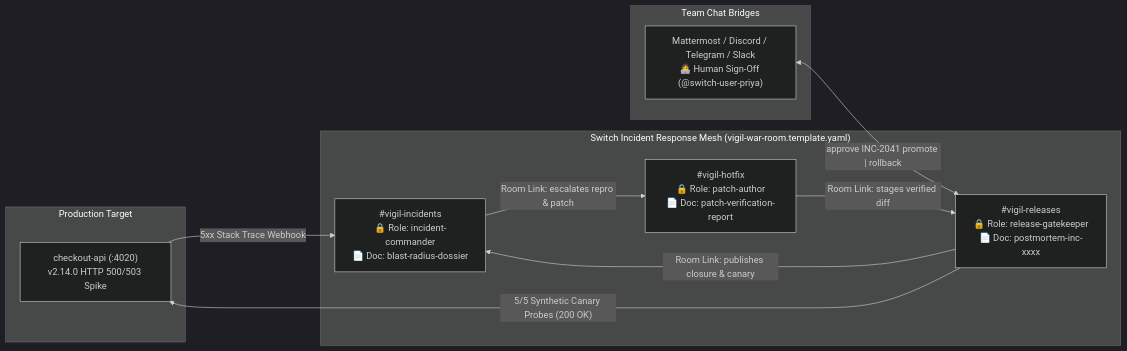
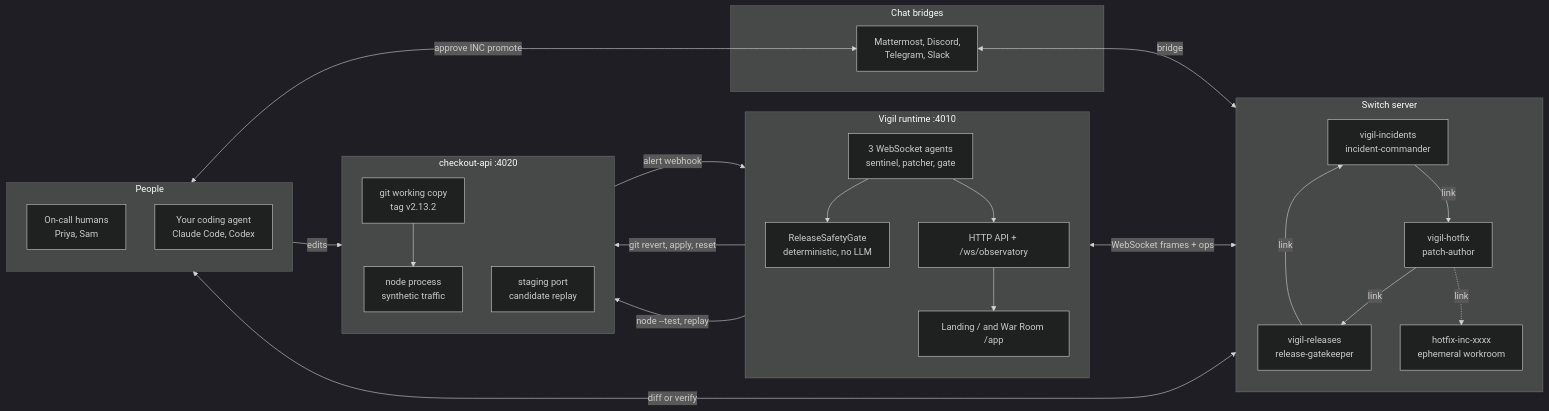
The first of 8 diagrams in README.md (NetLayerLabs/Vigil), drawn with Mermaid (dark theme) before and after one commit. The commit also changed other lines of this file, not shown here.

First line of the commit message:
docs: rewrite the README around the verified incident loop

````diff
--- a/README.md
+++ b/README.md
@@ -17,24 +55,52 @@
 ```mermaid
 flowchart LR
-  subgraph Service["Production Target"]
-    API["checkout-api (:4020)<br/>v2.14.0 HTTP 500/503 Spike"]
+  subgraph People["People"]
+    direction TB
+    HUM["On-call humans<br/>Priya, Sam"]
+    CODER["Your coding agent<br/>Claude Code, Codex"]
   end
 
-  subgraph SwitchMesh["Switch Incident Response Mesh (vigil-war-room.template.yaml)"]
-    R1["#vigil-incidents<br/>🔒 Role: incident-commander<br/>📄 Doc: blast-radius-dossier"]
-    R2["#vigil-hotfix<br/>🔒 Role: patch-author<br/>📄 Doc: patch-verification-report"]
-    R3["#vigil-releases<br/>🔒 Role: release-gatekeeper<br/>📄 Doc: postmortem-inc-xxxx"]
-
-    R1 -->|"Room Link: escalates repro & patch"| R2
-    R2 -->|"Room Link: stages verified diff"| R3
-    R3 -->|"Room Link: publishes closure & canary"| R1
+  subgraph Chat["Chat bridges"]
+    MM["Mattermost, Discord,<br/>Telegram, Slack"]
   end
 
-  subgraph Chat["Team Chat Bridges"]
-    MM["Mattermost / Discord / Telegram / Slack<br/>👩‍💻 Human Sign-Off (@switch-user-priya)"]
+  subgraph Switch["Switch server"]
+    direction TB
+    R1["vigil-incidents<br/>incident-commander"]
+    R2["vigil-hotfix<br/>patch-author"]
+    R3["vigil-releases<br/>release-gatekeeper"]
+    WR["hotfix-inc-xxxx<br/>ephemeral workroom"]
+    R1 -->|link| R2
+    R2 -->|link| R3
+    R3 -->|link| R1
+    R2 -.->|link| WR
   end
 
-  API -->|"5xx Stack Trace Webhook"| R1
-  MM <-->|"approve INC-2041 promote | rollback"| R3
-  R3 -->|"5/5 Synthetic Canary Probes (200 OK)"| API
+  subgraph Vigil["Vigil runtime :4010"]
+    direction TB
+    AG["3 WebSocket agents<br/>sentinel, patcher, gate"]
+    GATE["ReleaseSafetyGate<br/>deterministic, no LLM"]
+    API["HTTP API + /ws/observatory"]
+    UI["Landing / and War Room /app"]
+  end
+
+  subgraph Target["checkout-api :4020"]
+    direction TB
+    GIT["git working copy<br/>tag v2.13.2"]
+    SVC["node process<br/>synthetic traffic"]
+    STG["staging port<br/>candidate replay"]
+  end
+
+  HUM <-->|approve INC promote| MM
+  MM <-->|bridge| R3
+  CODER <-->|diff or verify| R2
+  CODER -->|edits| GIT
+  AG <-->|WebSocket frames + ops| Switch
+  AG --> GATE
+  SVC -->|alert webhook| AG
+  AG -->|git revert, apply, reset| GIT
+  GIT --> SVC
+  AG -->|node --test, replay| STG
+  API --> UI
+  AG --> API
 ```
````
